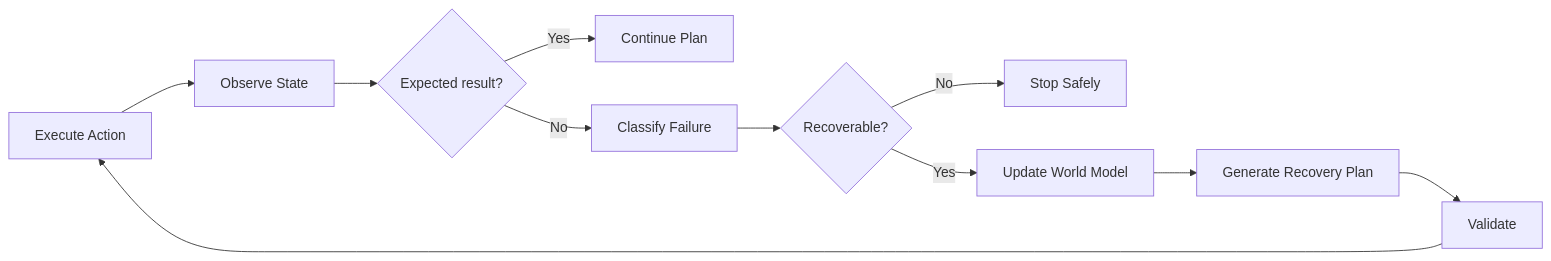
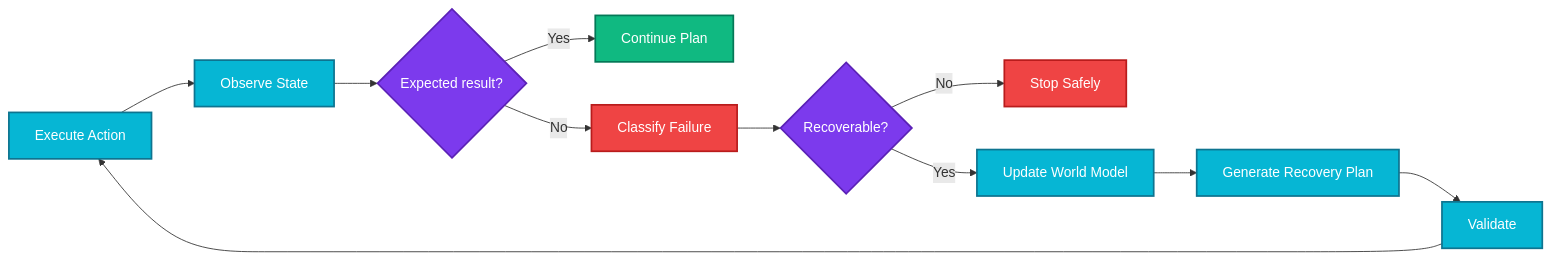
The second of 2 diagrams in README.md (builtbyrehan/taskforge-vla), drawn with Mermaid before and after one commit. The commit also changed other lines of this file, not shown here.

````diff
--- a/README.md
+++ b/README.md
@@ -817,18 +845,28 @@
 ```mermaid
 flowchart LR
 
     A["Execute Action"] --> B["Observe State"]
     B --> C{"Expected result?"}
 
     C -->|Yes| D["Continue Plan"]
     C -->|No| E["Classify Failure"]
 
     E --> F{"Recoverable?"}
 
     F -->|No| G["Stop Safely"]
     F -->|Yes| H["Update World Model"]
 
     H --> I["Generate Recovery Plan"]
     I --> J["Validate"]
     J --> A
+
+    classDef action fill:#06B6D4,stroke:#0E7490,color:#fff,stroke-width:2px
+    classDef decision fill:#7C3AED,stroke:#5B21B6,color:#fff,stroke-width:2px
+    classDef good fill:#10B981,stroke:#047857,color:#fff,stroke-width:2px
+    classDef bad fill:#EF4444,stroke:#B91C1C,color:#fff,stroke-width:2px
+
+    class A,B,H,I,J action
+    class C,F decision
+    class D good
+    class E,G bad
 ```
````
